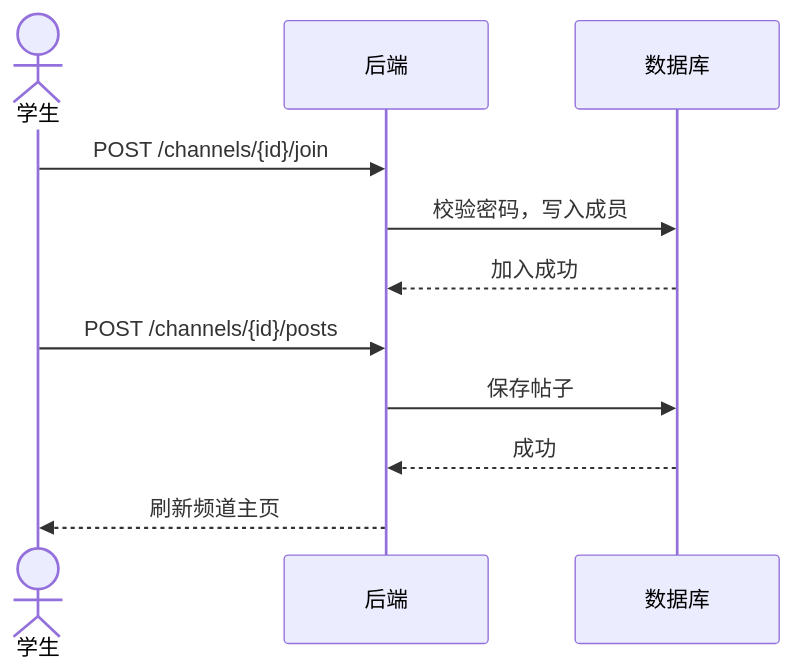
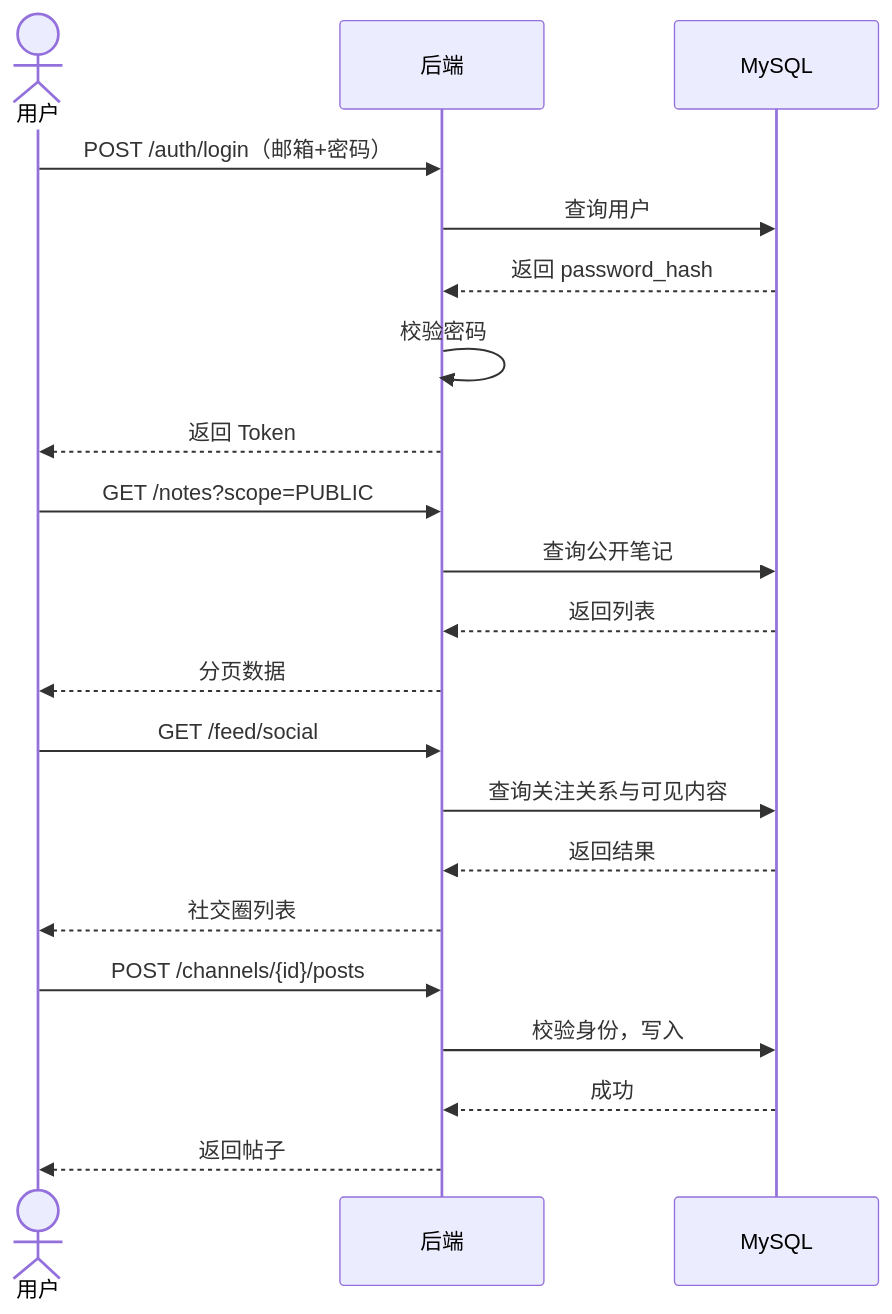
One commit to oliviawxx/whucircle changed the seventh of 10 diagrams in WHU_Circle_需求建模文档.md. Above: the diagram before and after it, drawn with Mermaid. The commit also changed other lines of this file and 16 other files, not shown here.

````diff
--- a/WHU_Circle_需求建模文档.md
+++ b/WHU_Circle_需求建模文档.md
@@ -405,14 +138,23 @@
 ```mermaid
 sequenceDiagram
-    actor U as 学生
+    actor U as 用户
     participant BE as 后端
-    participant DB as 数据库
-
-    U->>BE: POST /channels/{id}/join
-    BE->>DB: 校验密码，写入成员
-    DB-->>BE: 加入成功
+    participant DB as MySQL
+    U->>BE: POST /auth/login（邮箱+密码）
+    BE->>DB: 查询用户
+    DB-->>BE: 返回 password_hash
+    BE->>BE: 校验密码
+    BE-->>U: 返回 Token
+    U->>BE: GET /notes?scope=PUBLIC
+    BE->>DB: 查询公开笔记
+    DB-->>BE: 返回列表
+    BE-->>U: 分页数据
+    U->>BE: GET /feed/social
+    BE->>DB: 查询关注关系与可见内容
+    DB-->>BE: 返回结果
+    BE-->>U: 社交圈列表
     U->>BE: POST /channels/{id}/posts
-    BE->>DB: 保存帖子
+    BE->>DB: 校验身份，写入
     DB-->>BE: 成功
-    BE-->>U: 刷新频道主页
+    BE-->>U: 返回帖子
 ```
````
